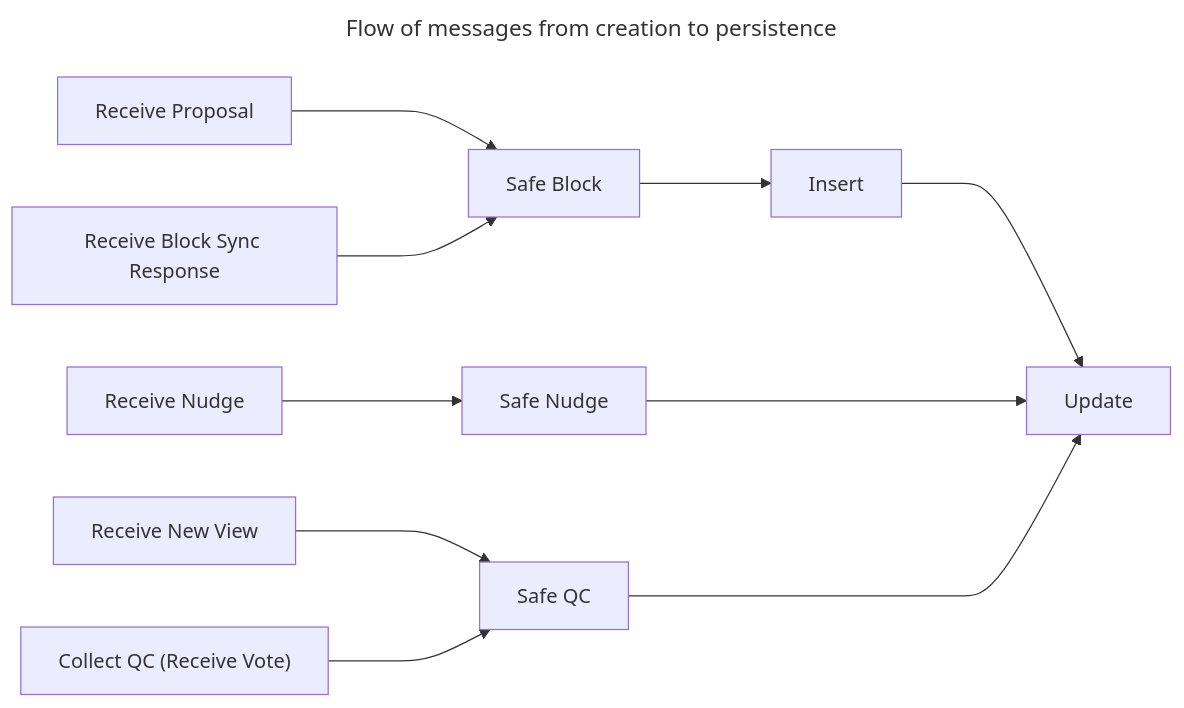
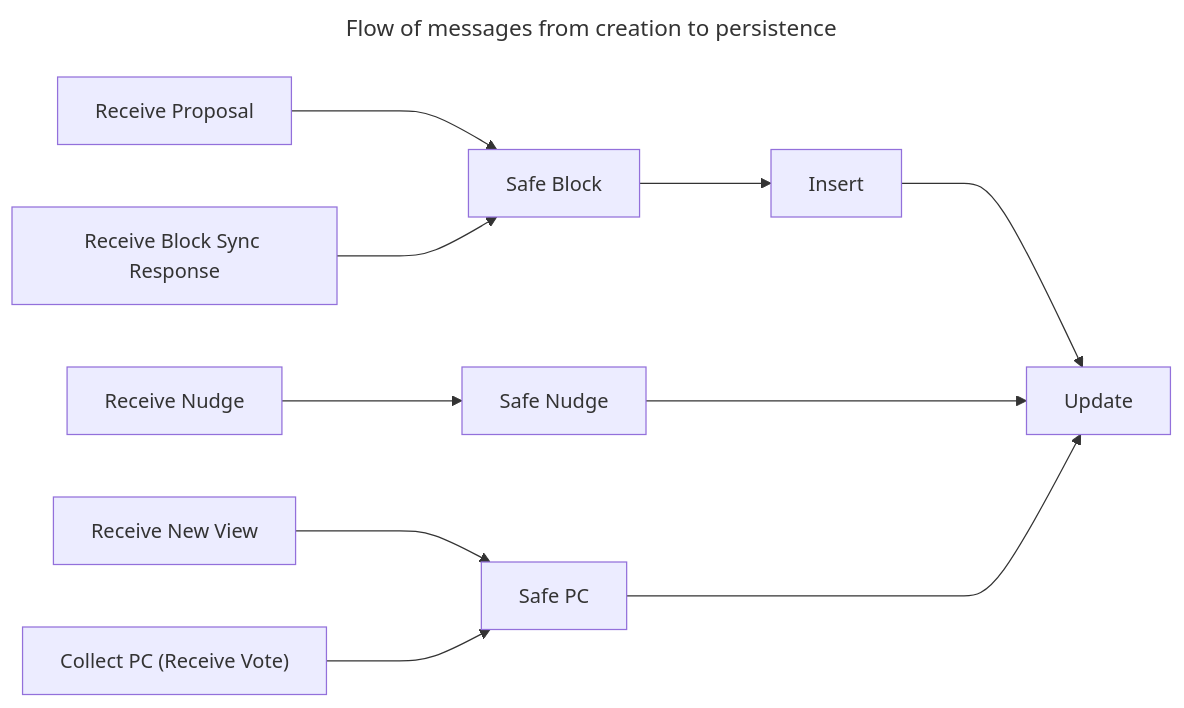
One commit to parallelchain-io/hotstuff_rs changed the diagram in Specification.md. Above: the diagram before and after it, drawn with Mermaid. The commit also changed other lines of this file and 26 other files, not shown here.

````diff
--- a/Specification.md
+++ b/Specification.md
@@ -28,17 +28,17 @@
 ```mermaid
 ---
 title: Flow of messages from creation to persistence
 ---
 flowchart LR
     receive_proposal["Receive Proposal"]--->safe_block["Safe Block"]
     receive_block_sync_response["Receive Block Sync Response"]--->safe_block
     safe_block--->insert[Insert]--->update[Update]
 
     receive_nudge["Receive Nudge"]--->safe_nudge["Safe Nudge"]----->update[Update]
-    receive_new_view["Receive New View"]--->safe_qc["Safe QC"]
-    collect_qc["Collect QC (Receive Vote)"]--->safe_qc
+    receive_new_view["Receive New View"]--->safe_pc["Safe PC"]
+    collect_pc["Collect PC (Receive Vote)"]--->safe_pc
 
-    safe_qc----->update
+    safe_pc----->update
 
 %% TODO: missing Set Highest TC, Set Highest View Entered, and Set Highest View Voted
 ```
````
